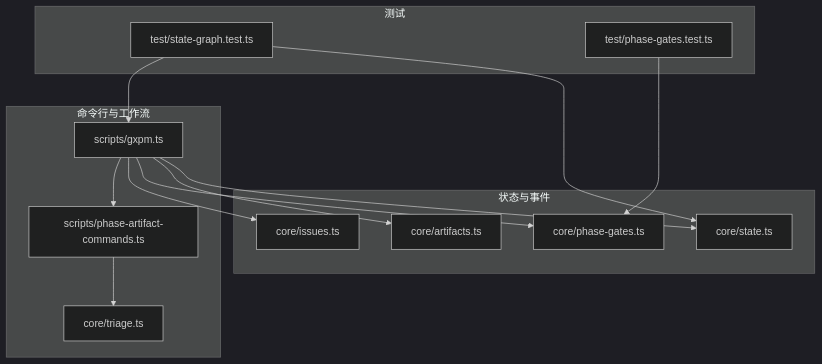
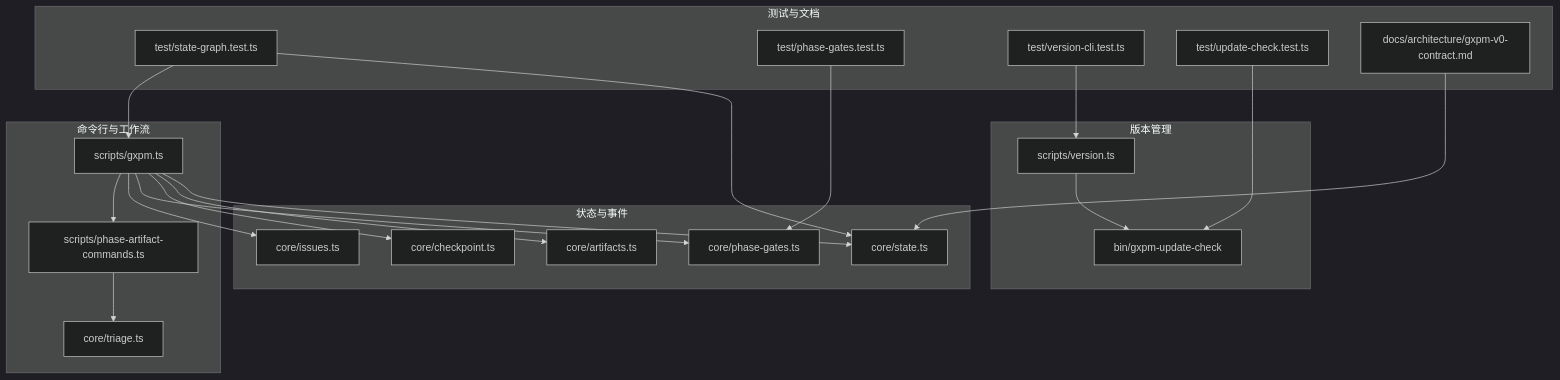
Before and after one commit to laozhong86/gxpm: the first of 10 diagrams in .qoder/repowiki/zh/content/核心概念/状态机系统.md, drawn with Mermaid (dark theme). The commit also changed other lines of this file and 8 other files, not shown here.

````diff
--- a/.qoder/repowiki/zh/content/核心概念/状态机系统.md
+++ b/.qoder/repowiki/zh/content/核心概念/状态机系统.md
@@ -48,27 +70,40 @@
 ```mermaid
 graph TB
 subgraph "状态与事件"
 S["core/state.ts"]
 A["core/artifacts.ts"]
+CP["core/checkpoint.ts"]
 PG["core/phase-gates.ts"]
 IJ["core/issues.ts"]
+end
+subgraph "版本管理"
+VS["scripts/version.ts"]
+UC["bin/gxpm-update-check"]
 end
 subgraph "命令行与工作流"
 CLI["scripts/gxpm.ts"]
 PAC["scripts/phase-artifact-commands.ts"]
 TRI["core/triage.ts"]
 end
-subgraph "测试"
+subgraph "测试与文档"
 T1["test/state-graph.test.ts"]
 T2["test/phase-gates.test.ts"]
+T3["test/version-cli.test.ts"]
+T4["test/update-check.test.ts"]
+DOC["docs/architecture/gxpm-v0-contract.md"]
 end
 CLI --> S
 CLI --> A
+CLI --> CP
 CLI --> PG
 CLI --> IJ
 CLI --> PAC
 PAC --> TRI
+VS --> UC
 T1 --> S
 T1 --> CLI
 T2 --> PG
+T3 --> VS
+T4 --> UC
+DOC --> S
 ```
````
